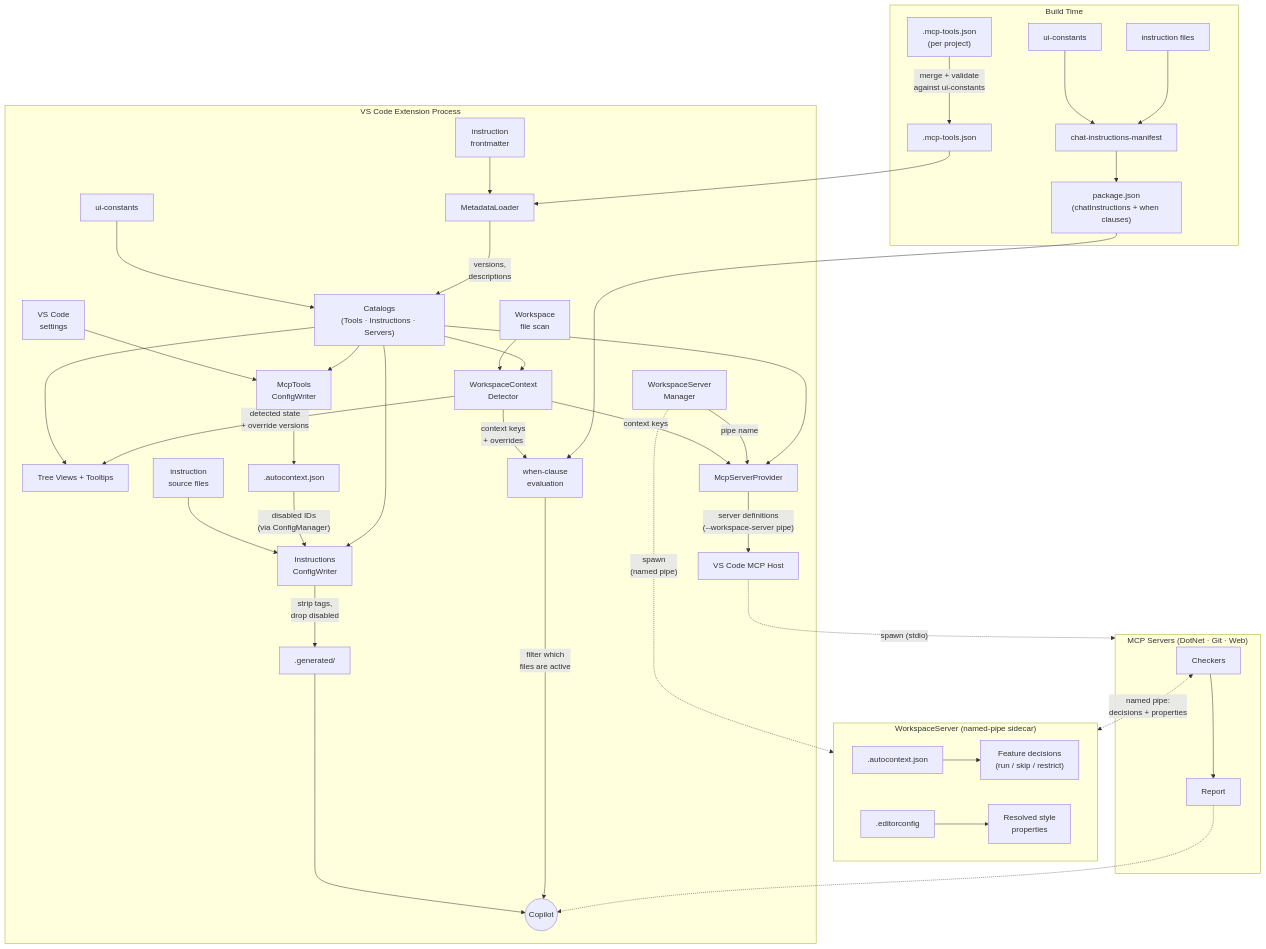
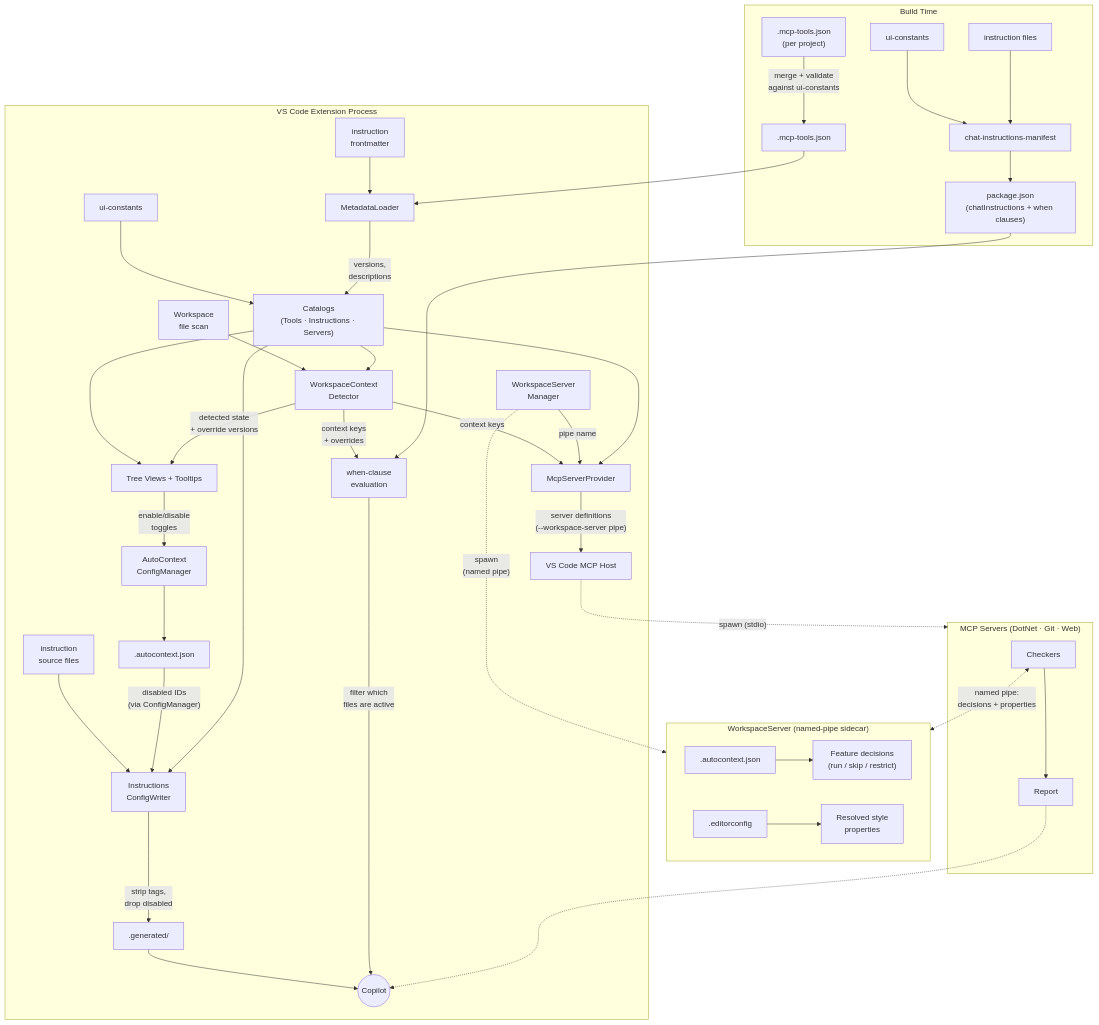
One commit to 2site-net/AutoContext changed the diagram in docs/architecture.md. Above: the diagram before and after it, drawn with Mermaid. The commit also changed other lines of this file and 4 other files, not shown here.

First line of the commit message:
refactor(vscode): remove VS Code settings contribution points

````diff
--- a/docs/architecture.md
+++ b/docs/architecture.md
@@ -31,57 +31,56 @@
 ```mermaid
 flowchart TB
     subgraph build["Build Time"]
         perProj[".mcp-tools.json<br/>(per project)"] -->|"merge + validate<br/>against ui-constants"| merged[".mcp-tools.json"]
         uiConst["ui-constants"] --> chatGen["chat-instructions-manifest"]
         instrFiles["instruction files"] --> chatGen
         chatGen --> pkgJson["package.json<br/>(chatInstructions + when clauses)"]
     end
 
     subgraph ext["VS Code Extension Process"]
         merged --> metaLoad["MetadataLoader"]
         frontmatter["instruction<br/>frontmatter"] --> metaLoad
         uiConstR["ui-constants"] --> catalogs["Catalogs<br/>(Tools · Instructions · Servers)"]
         metaLoad -->|"versions,<br/>descriptions"| catalogs
 
         catalogs --> trees["Tree Views + Tooltips"]
 
         workspace["Workspace<br/>file scan"] --> detector["WorkspaceContext<br/>Detector"]
         catalogs --> detector
         detector -->|"detected state<br/>+ override versions"| trees
         detector -->|"context keys"| serverProv["McpServerProvider"]
         detector -->|"context keys<br/>+ overrides"| whenEval["when-clause<br/>evaluation"]
         pkgJson --> whenEval
 
-        settings["VS Code<br/>settings"] --> toolsWriter["McpTools<br/>ConfigWriter"]
-        catalogs --> toolsWriter
-        toolsWriter --> acJson[".autocontext.json"]
+        trees -->|"enable/disable<br/>toggles"| cfgMgr["AutoContext<br/>ConfigManager"]
+        cfgMgr --> acJson[".autocontext.json"]
 
         instrSrc["instruction<br/>source files"] --> instrWriter["Instructions<br/>ConfigWriter"]
         acJson -->|"disabled IDs<br/>(via ConfigManager)"| instrWriter
         catalogs --> instrWriter
         instrWriter -->|"strip tags,<br/>drop disabled"| generated[".generated/"]
 
         generated --> copilot(("Copilot"))
         whenEval -->|"filter which<br/>files are active"| copilot
 
         wsMgr["WorkspaceServer<br/>Manager"] -->|"pipe name"| serverProv
         catalogs --> serverProv
         serverProv -->|"server definitions<br/>(--workspace-server pipe)"| mcpHost["VS Code MCP Host"]
     end
 
     wsMgr -.->|"spawn<br/>(named pipe)"| sidecar
 
     subgraph sidecar["WorkspaceServer (named-pipe sidecar)"]
         acFile[".autocontext.json"] --> decisions["Feature decisions<br/>(run / skip / restrict)"]
         ecFile[".editorconfig"] --> ecProps["Resolved style<br/>properties"]
     end
 
     mcpHost -.->|"spawn (stdio)"| servers
 
     subgraph servers["MCP Servers (DotNet · Git · Web)"]
         checkers["Checkers"] --> report["Report"]
     end
 
     checkers <-.->|"named pipe:<br/>decisions + properties"| sidecar
     report -.-> copilot
 ```
````
